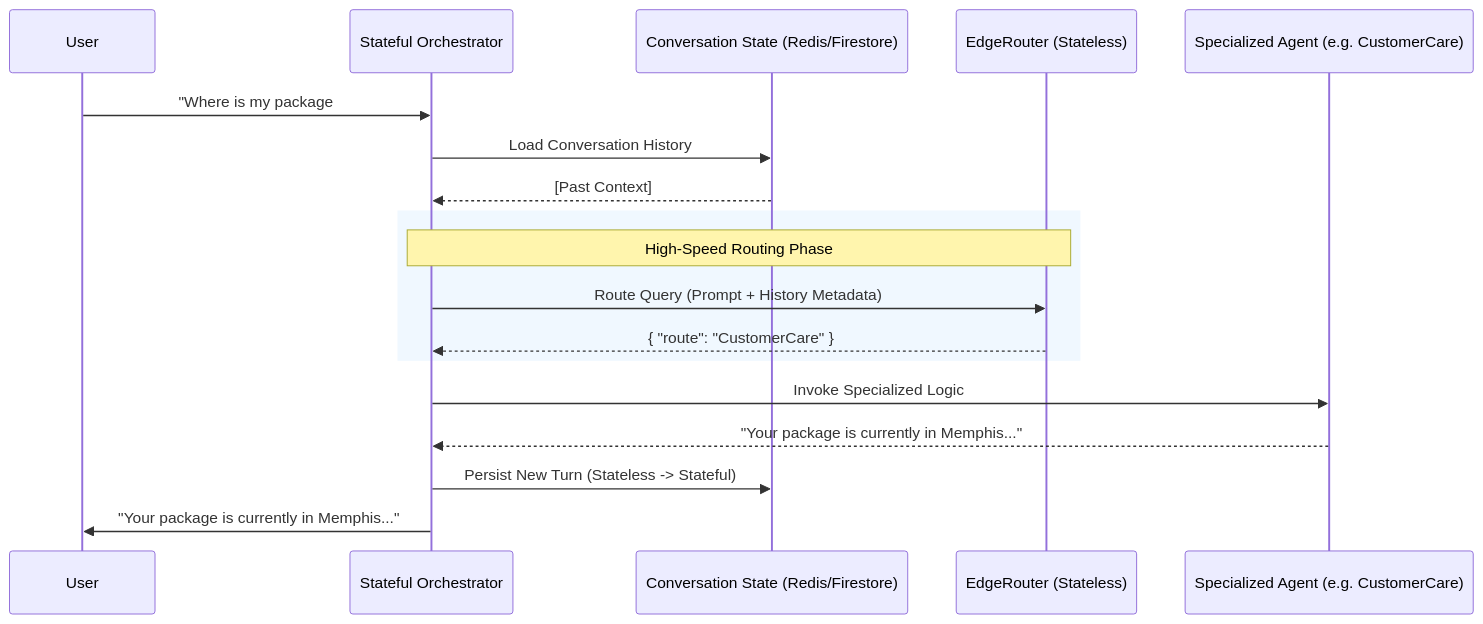
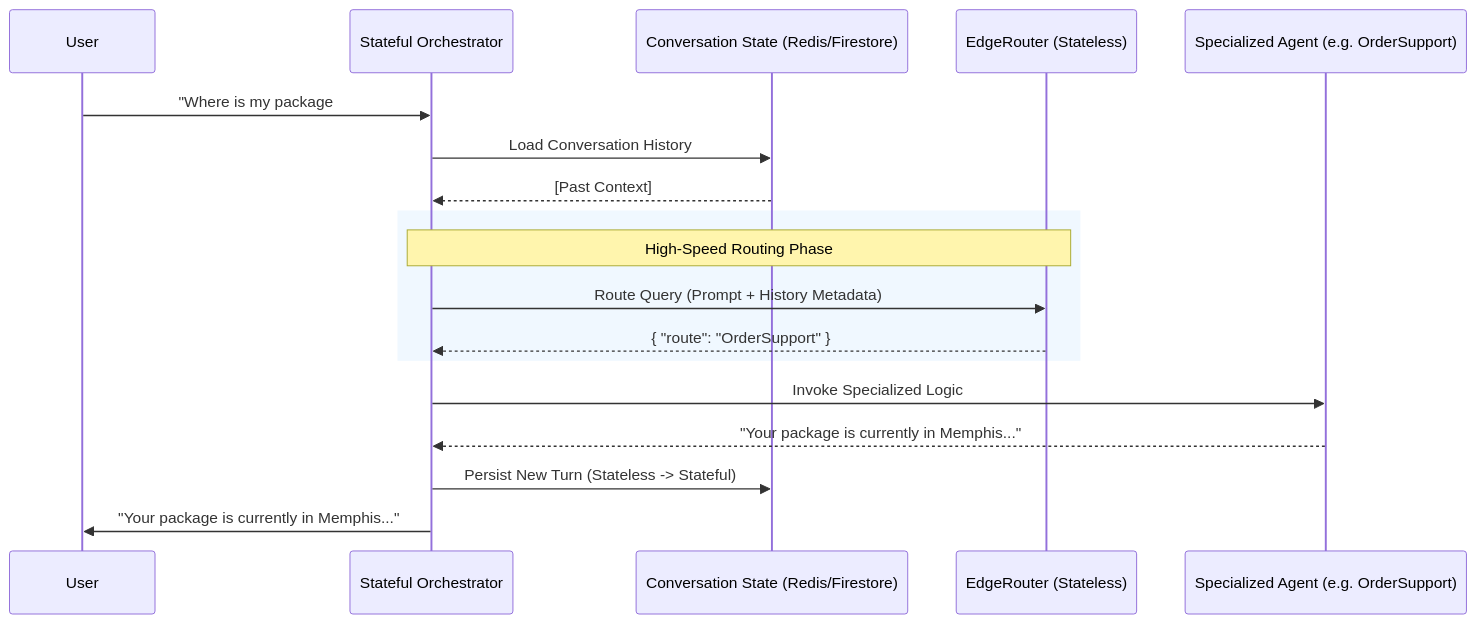
Before and after one commit to rrmcguinness/origami-ai-router: the diagram in tests/router_performance_report.md, drawn with Mermaid. The commit also changed 30 other files, not shown here.

````diff
--- a/tests/router_performance_report.md
+++ b/tests/router_performance_report.md
@@ -37,24 +37,24 @@
 ```mermaid
 sequenceDiagram
     participant U as User
     participant O as Stateful Orchestrator
     participant DB as Conversation State (Redis/Firestore)
     participant ER as EdgeRouter (Stateless)
-    participant SA as Specialized Agent (e.g. CustomerCare)
+    participant SA as Specialized Agent (e.g. OrderSupport)
 
     U->>O: "Where is my package #88219?"
     O->>DB: Load Conversation History
     DB-->>O: [Past Context]
     
     rect rgb(240, 248, 255)
     Note over O,ER: High-Speed Routing Phase
     O->>ER: Route Query (Prompt + History Metadata)
-    ER-->>O: { "route": "CustomerCare" }
+    ER-->>O: { "route": "OrderSupport" }
     end
 
     O->>SA: Invoke Specialized Logic
     SA-->>O: "Your package is currently in Memphis..."
     
     O->>DB: Persist New Turn (Stateless -> Stateful)
     O->>U: "Your package is currently in Memphis..."
 ```
````
